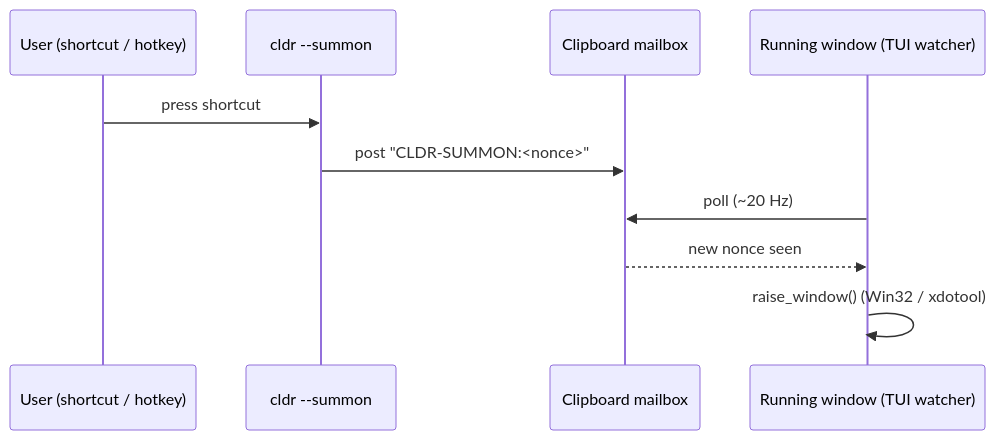
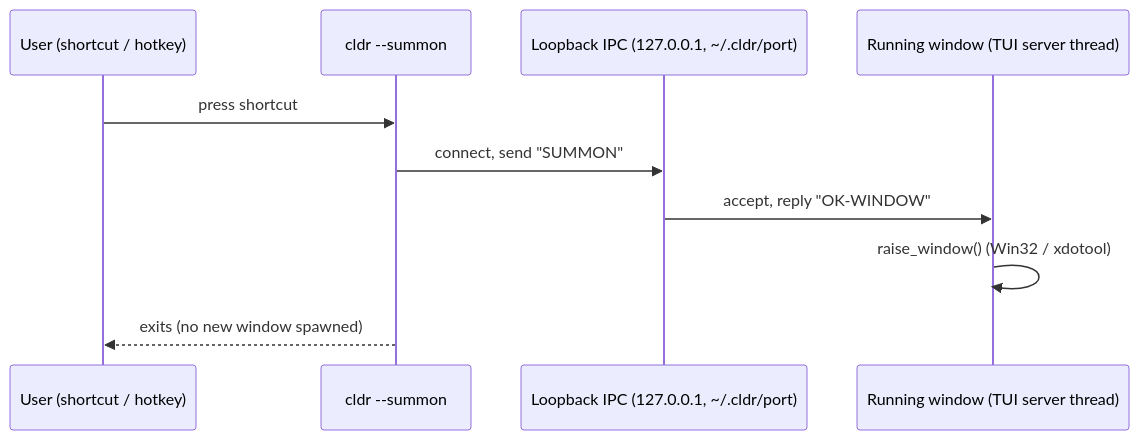
The diagram in README.md (drsamonline/CLDR), drawn with Mermaid before and after one commit. The commit also changed other lines of this file and 10 other files, not shown here.

First line of the commit message:
feat(v1.2): A1 in-process IPC — replace clipboard mailbox with loopback-TCP control channel

````diff
--- a/README.md
+++ b/README.md
@@ -102,12 +102,12 @@
 ```mermaid
 sequenceDiagram
     participant U as User (shortcut / hotkey)
     participant S as cldr --summon
-    participant C as Clipboard mailbox
-    participant W as Running window (TUI watcher)
+    participant I as Loopback IPC (127.0.0.1, ~/.cldr/port)
+    participant W as Running window (TUI server thread)
     U->>S: press shortcut
-    S->>C: post "CLDR-SUMMON:<nonce>"
-    W->>C: poll (~20 Hz)
-    C-->>W: new nonce seen
+    S->>I: connect, send "SUMMON"
+    I->>W: accept, reply "OK-WINDOW"
     W->>W: raise_window() (Win32 / xdotool)
+    S-->>U: exits (no new window spawned)
 ```
````
